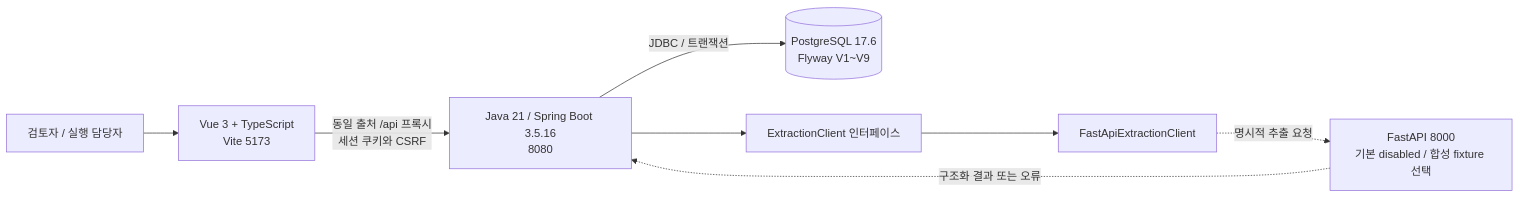
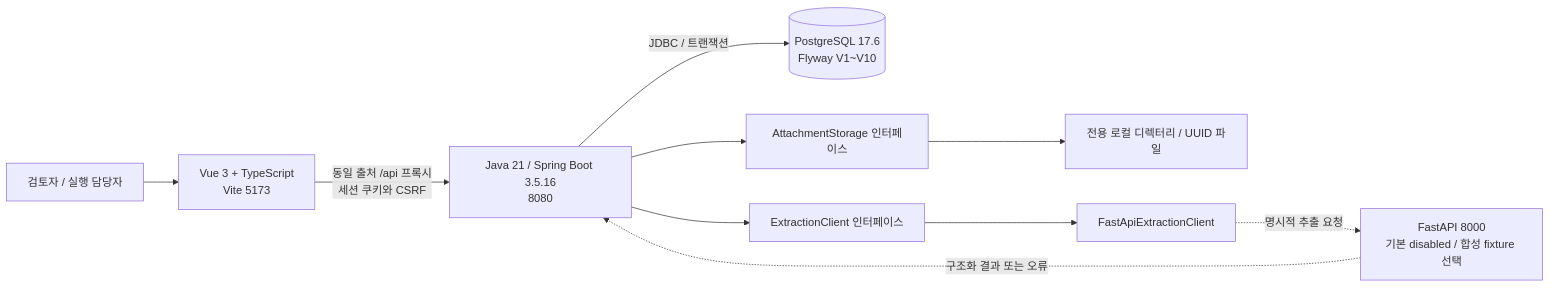
Before and after one commit to xixvivji/WeCall: the diagram in docs/design/architecture.md, drawn with Mermaid. The commit also changed other lines of this file and 35 other files, not shown here.

````diff
--- a/docs/design/architecture.md
+++ b/docs/design/architecture.md
@@ -5,10 +5,12 @@
 ```mermaid
 flowchart LR
     U[검토자 / 실행 담당자] --> V[Vue 3 + TypeScript\nVite 5173]
     V -->|동일 출처 /api 프록시\n세션 쿠키와 CSRF| B[Java 21 / Spring Boot 3.5.16\n8080]
-    B -->|JDBC / 트랜잭션| P[(PostgreSQL 17.6\nFlyway V1~V9)]
+    B -->|JDBC / 트랜잭션| P[(PostgreSQL 17.6\nFlyway V1~V10)]
+    B --> A[AttachmentStorage 인터페이스]
+    A --> L[전용 로컬 디렉터리 / UUID 파일]
     B --> E[ExtractionClient 인터페이스]
     E --> H[FastApiExtractionClient]
     H -. 명시적 추출 요청 .-> F[FastAPI 8000\n기본 disabled / 합성 fixture 선택]
     F -. 구조화 결과 또는 오류 .-> B
 ```
````
